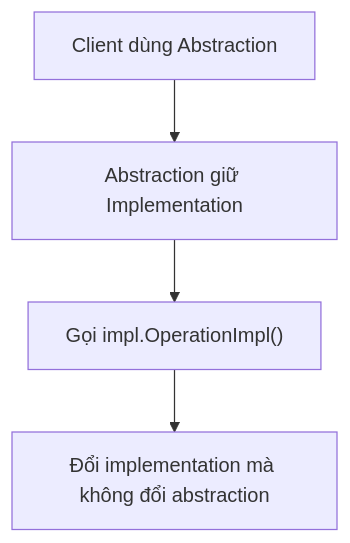
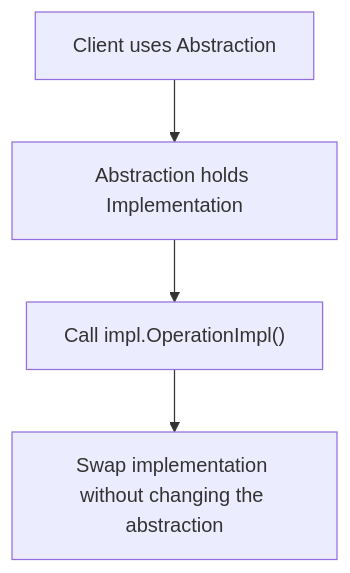
Before and after one commit to bugkodc/Road_Map_GameDev: the second of 3 diagrams in Doc/en/02-Design-Patterns/02-Catalog/02-Structural/02-bridge.md, drawn with Mermaid. The commit also changed other lines of this file and 38 other files, not shown here.

First line of the commit message:
Translate residual Vietnamese in English docs (diagrams, code, strings)

````diff
--- a/Doc/en/02-Design-Patterns/02-Catalog/02-Structural/02-bridge.md
+++ b/Doc/en/02-Design-Patterns/02-Catalog/02-Structural/02-bridge.md
@@ -56,6 +56,6 @@
 ```mermaid
 flowchart TD
-  A["Client dùng Abstraction"] --> B["Abstraction giữ Implementation"]
-  B --> C["Gọi impl.OperationImpl()"]
-  C --> D["Đổi implementation mà không đổi abstraction"]
+  A["Client uses Abstraction"] --> B["Abstraction holds Implementation"]
+  B --> C["Call impl.OperationImpl()"]
+  C --> D["Swap implementation without changing the abstraction"]
 ```
````
